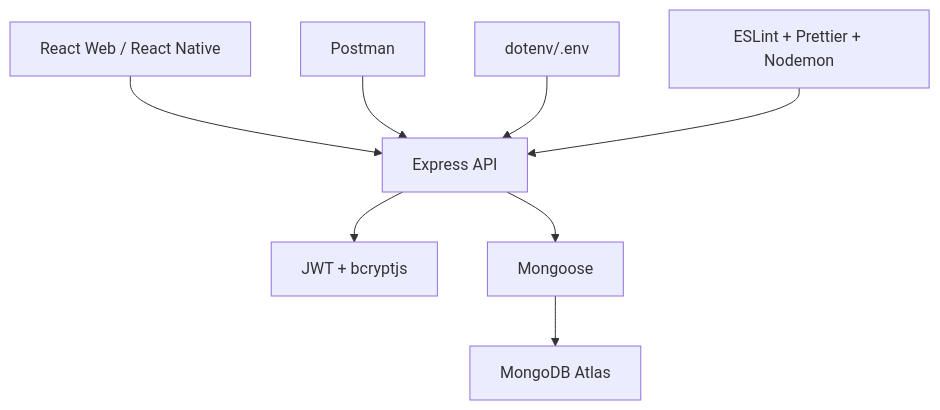
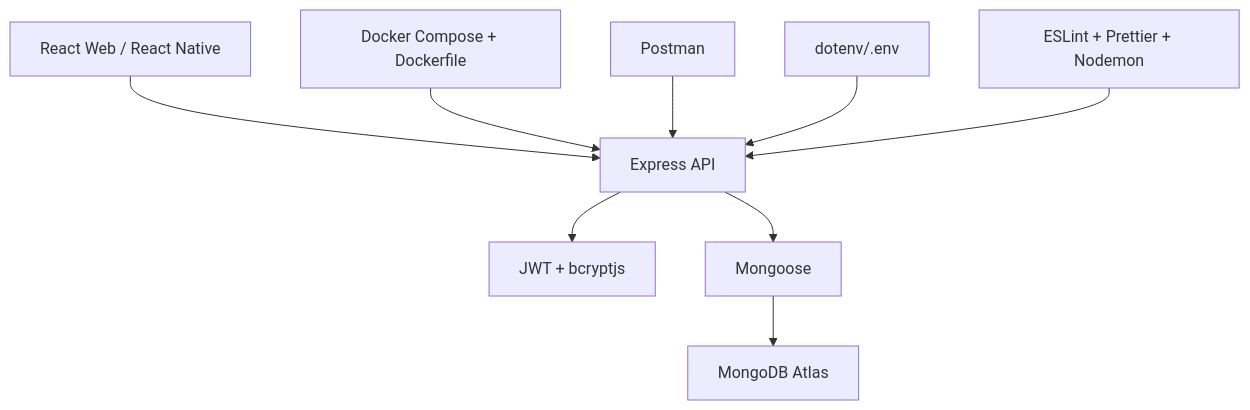
Before and after one commit to Samuelreis-dokhi/rate.io: the diagram in docs/05-Arquitetura da Solução.md, drawn with Mermaid. The commit also changed other lines of this file and 2 other files, not shown here.

````diff
--- a/docs/05-Arquitetura da Solução.md
+++ b/docs/05-Arquitetura da Solução.md
@@ -366,10 +385,11 @@
 ```mermaid
 flowchart TD
   FE[React Web / React Native] --> API[Express API]
+  DKR[Docker Compose + Dockerfile] --> API
   QA[Postman] --> API
   API --> SEC[JWT + bcryptjs]
   API --> ODM[Mongoose]
   ODM --> MDB[MongoDB Atlas]
   ENV[dotenv/.env] --> API
   DEV[ESLint + Prettier + Nodemon] --> API
 ```
````
